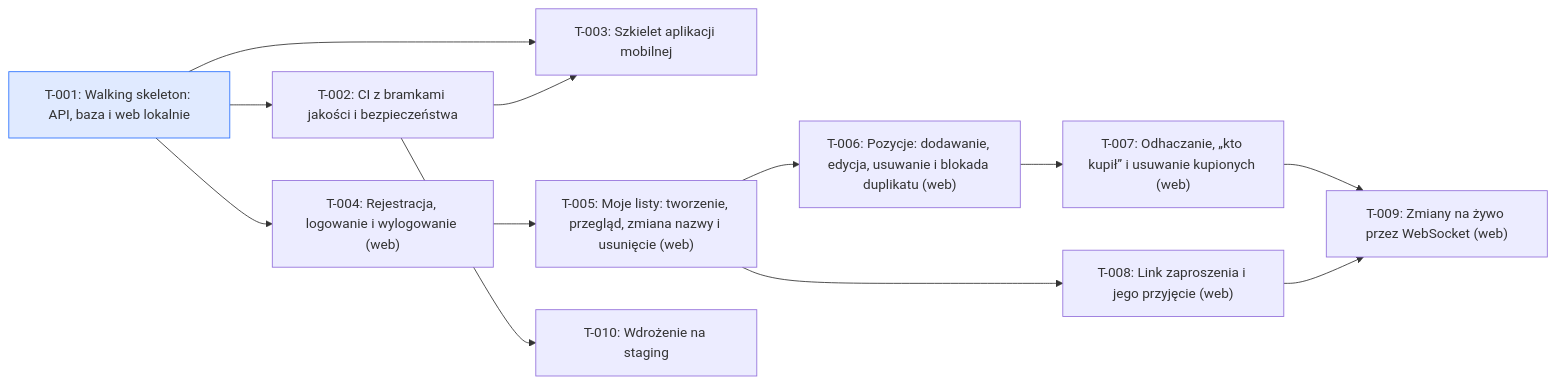
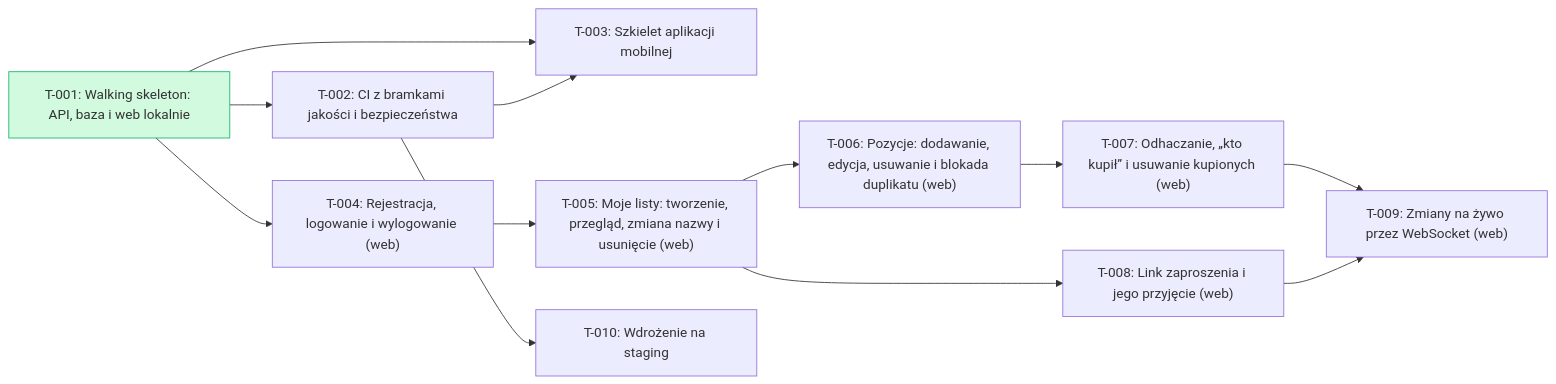
Before and after one commit to tombraz/lista-zakupow: the diagram in docs/backlog/index.md, drawn with Mermaid. The commit also changed other lines of this file and 1 other file, not shown here.

````diff
--- a/docs/backlog/index.md
+++ b/docs/backlog/index.md
@@ -17,28 +18,28 @@
 ```mermaid
 flowchart LR
-  T_001["T-001: Walking skeleton: API, baza i web lokalnie"]:::qa
+  T_001["T-001: Walking skeleton: API, baza i web lokalnie"]:::done
   T_002["T-002: CI z bramkami jakości i bezpieczeństwa"]
   T_003["T-003: Szkielet aplikacji mobilnej"]
   T_004["T-004: Rejestracja, logowanie i wylogowanie (web)"]
   T_005["T-005: Moje listy: tworzenie, przegląd, zmiana nazwy i usunięcie (web)"]
   T_006["T-006: Pozycje: dodawanie, edycja, usuwanie i blokada duplikatu (web)"]
   T_007["T-007: Odhaczanie, „kto kupił” i usuwanie kupionych (web)"]
   T_008["T-008: Link zaproszenia i jego przyjęcie (web)"]
   T_009["T-009: Zmiany na żywo przez WebSocket (web)"]
   T_010["T-010: Wdrożenie na staging"]
   T_001 --> T_002
   T_001 --> T_003
   T_002 --> T_003
   T_001 --> T_004
   T_004 --> T_005
   T_005 --> T_006
   T_006 --> T_007
   T_005 --> T_008
   T_007 --> T_009
   T_008 --> T_009
   T_002 --> T_010
   classDef done fill:#d1fadf,stroke:#12b76a
   classDef wip fill:#fef0c7,stroke:#f79009
   classDef qa fill:#e0eaff,stroke:#2970ff
   classDef blocked fill:#fee4e2,stroke:#f04438
 ```
````
